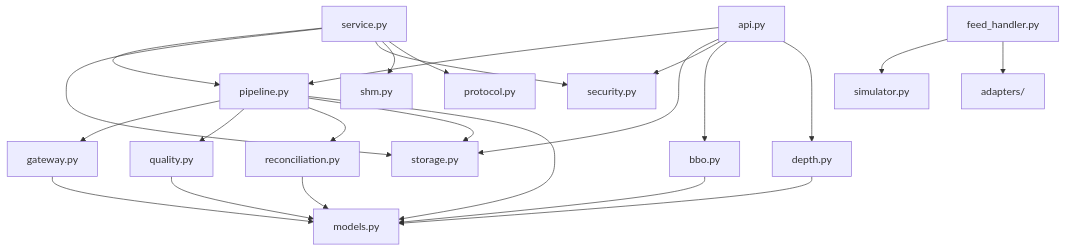
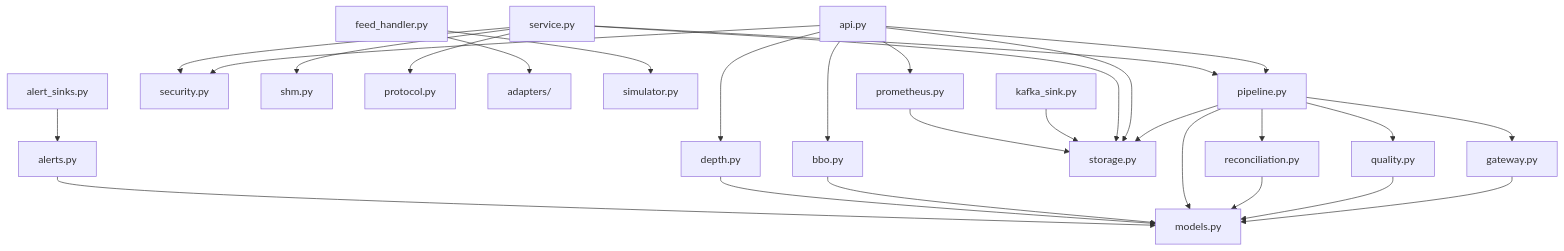
Before and after one commit to Aryan-20-04/mdrap: the diagram in docs/map.md, drawn with Mermaid. The commit also changed other lines of this file and 11 other files, not shown here.

Commit message:
feat(sinks): implement Kafka sink, alert delivery, and prometheus exporter with real guarantees

````diff
--- a/docs/map.md
+++ b/docs/map.md
@@ -168,42 +172,51 @@
 ```mermaid
 flowchart TD
     models["models.py"]
     gateway["gateway.py"]
     quality["quality.py"]
     reconciliation["reconciliation.py"]
     pipeline["pipeline.py"]
     storage["storage.py"]
     security["security.py"]
     api["api.py"]
     service["service.py"]
     shm["shm.py"]
     protocol["protocol.py"]
     bbo["bbo.py"]
     depth["depth.py"]
     adapters["adapters/"]
     feed_handler["feed_handler.py"]
     simulator["simulator.py"]
+    kafka_sink["kafka_sink.py"]
+    alerts["alerts.py"]
+    alert_sinks["alert_sinks.py"]
+    prometheus["prometheus.py"]
     
     gateway --> models
     quality --> models
     reconciliation --> models
     pipeline --> gateway
     pipeline --> quality
     pipeline --> reconciliation
     pipeline --> storage
     pipeline --> models
     api --> pipeline
     api --> storage
     api --> security
     api --> bbo
     api --> depth
+    api --> prometheus
     service --> pipeline
     service --> storage
     service --> security
     service --> shm
     service --> protocol
     feed_handler --> simulator
     feed_handler --> adapters
     bbo --> models
     depth --> models
+    kafka_sink --> storage
+    alerts --> models
+    alert_sinks --> alerts
+    prometheus --> storage
 ```
````
